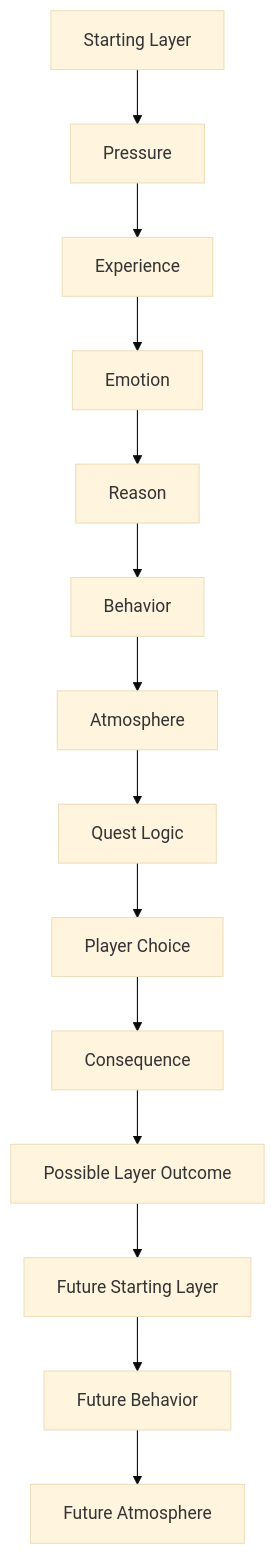
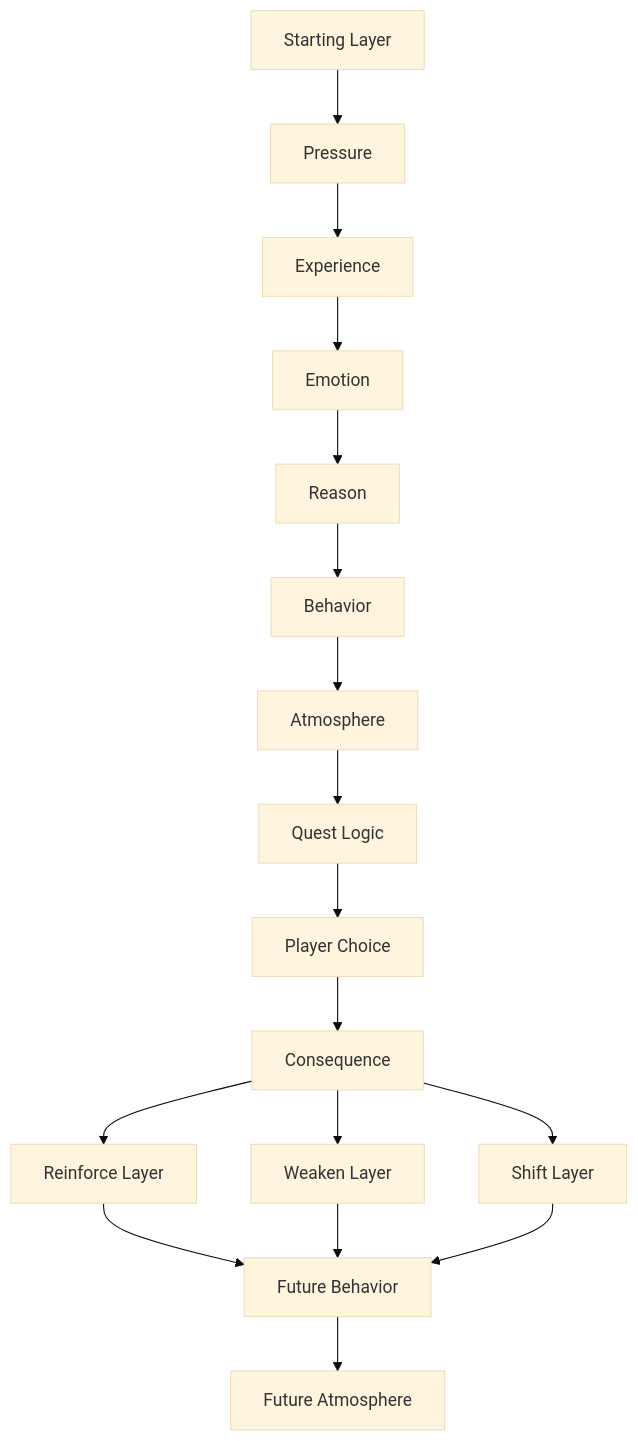
One commit to VediRago/Fragments changed the diagram in README.md. Above: the diagram before and after it, drawn with Mermaid (base theme). The commit also changed other lines of this file, not shown here.

Commit message:
Show branching layer outcomes in README method diagram

````diff
--- a/README.md
+++ b/README.md
@@ -48,16 +48,21 @@
 ```mermaid
 flowchart TD
     A[Starting Layer] --> B[Pressure]
     B --> C[Experience]
     C --> D[Emotion]
     D --> E[Reason]
     E --> F[Behavior]
     F --> G[Atmosphere]
     G --> H[Quest Logic]
     H --> I[Player Choice]
     I --> J[Consequence]
-    J --> K[Possible Layer Outcome]
-    K --> L[Future Starting Layer]
-    L --> M[Future Behavior]
-    M --> N[Future Atmosphere]
+
+    J --> K[Reinforce Layer]
+    J --> L[Weaken Layer]
+    J --> M[Shift Layer]
+
+    K --> N[Future Behavior]
+    L --> N
+    M --> N
+    N --> O[Future Atmosphere]
 ```
````
